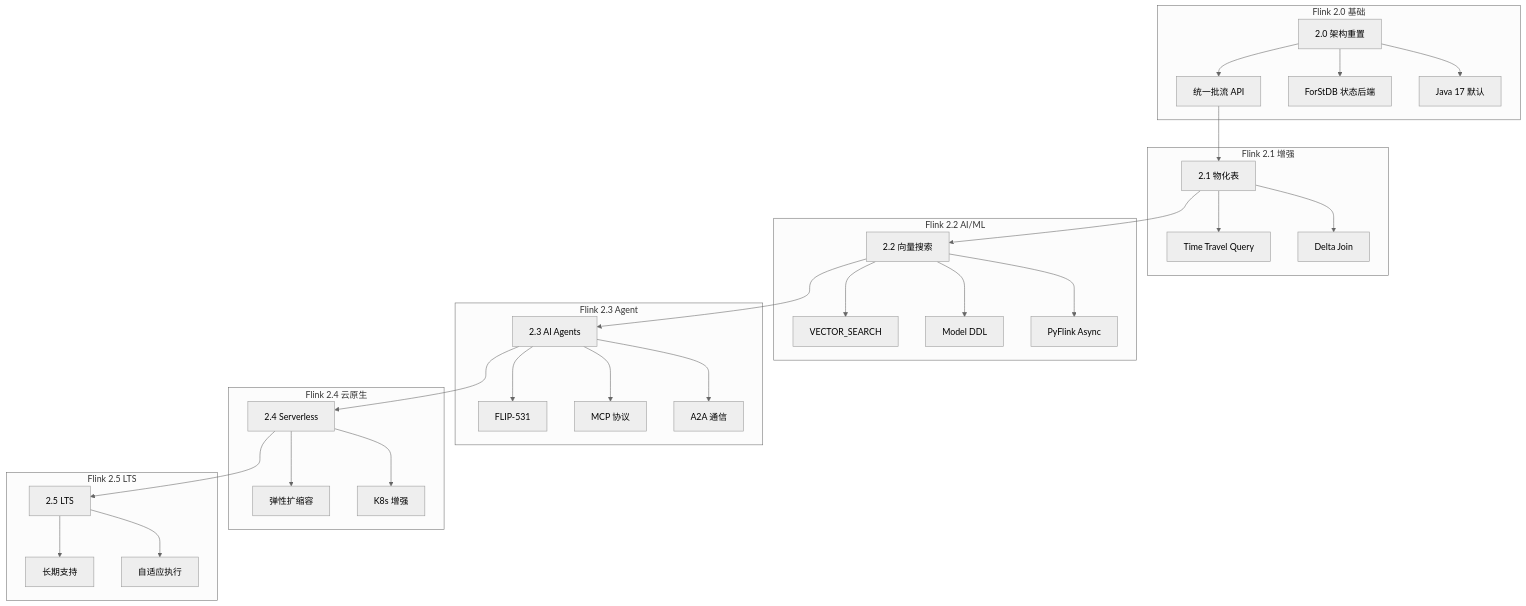
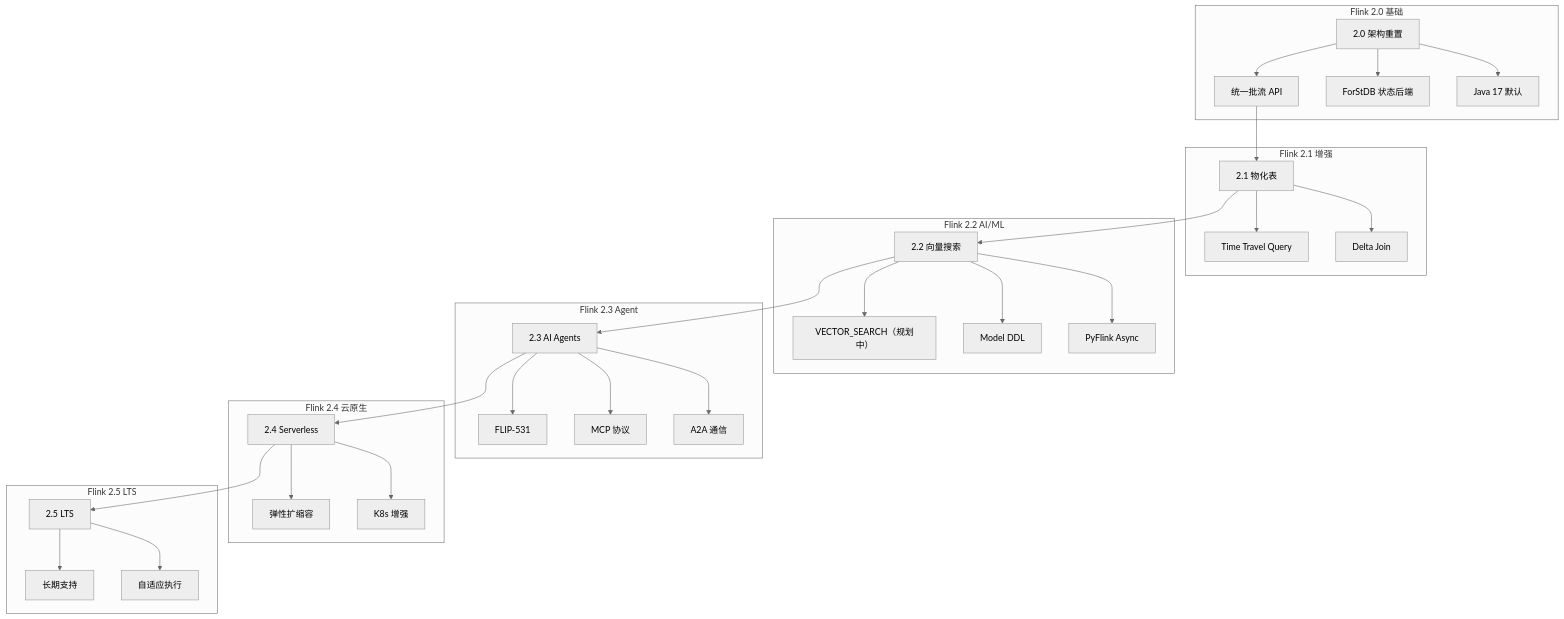
Before and after one commit to AdaMartin18010/AnalysisDataFlow: the first of 4 diagrams in Flink/08-roadmap/flink-version-comparison-matrix.md, drawn with Mermaid (neutral theme). The commit also changed other lines of this file and 58 other files, not shown here.

````diff
--- a/Flink/08-roadmap/flink-version-comparison-matrix.md
+++ b/Flink/08-roadmap/flink-version-comparison-matrix.md
@@ -159,40 +159,40 @@
 ```mermaid
 graph TB
     subgraph "Flink 2.0 基础"
         V20[2.0 架构重置] --> V20_1[统一批流 API]
         V20 --> V20_2[ForStDB 状态后端]
         V20 --> V20_3[Java 17 默认]
     end
 
     subgraph "Flink 2.1 增强"
         V21[2.1 物化表] --> V21_1[Time Travel Query]
         V21 --> V21_2[Delta Join]
         V20_1 --> V21
     end
 
     subgraph "Flink 2.2 AI/ML"
-        V22[2.2 向量搜索] --> V22_1[VECTOR_SEARCH]
+        V22[2.2 向量搜索] --> V22_1[VECTOR_SEARCH（规划中）]
         V22 --> V22_2[Model DDL]
         V22 --> V22_3[PyFlink Async]
         V21 --> V22
     end
 
     subgraph "Flink 2.3 Agent"
         V23[2.3 AI Agents] --> V23_1[FLIP-531]
         V23 --> V23_2[MCP 协议]
         V23 --> V23_3[A2A 通信]
         V22 --> V23
     end
 
     subgraph "Flink 2.4 云原生"
         V24[2.4 Serverless] --> V24_1[弹性扩缩容]
         V24 --> V24_2[K8s 增强]
         V23 --> V24
     end
 
     subgraph "Flink 2.5 LTS"
         V25[2.5 LTS] --> V25_1[长期支持]
         V25 --> V25_2[自适应执行]
         V24 --> V25
     end
 ```
````
